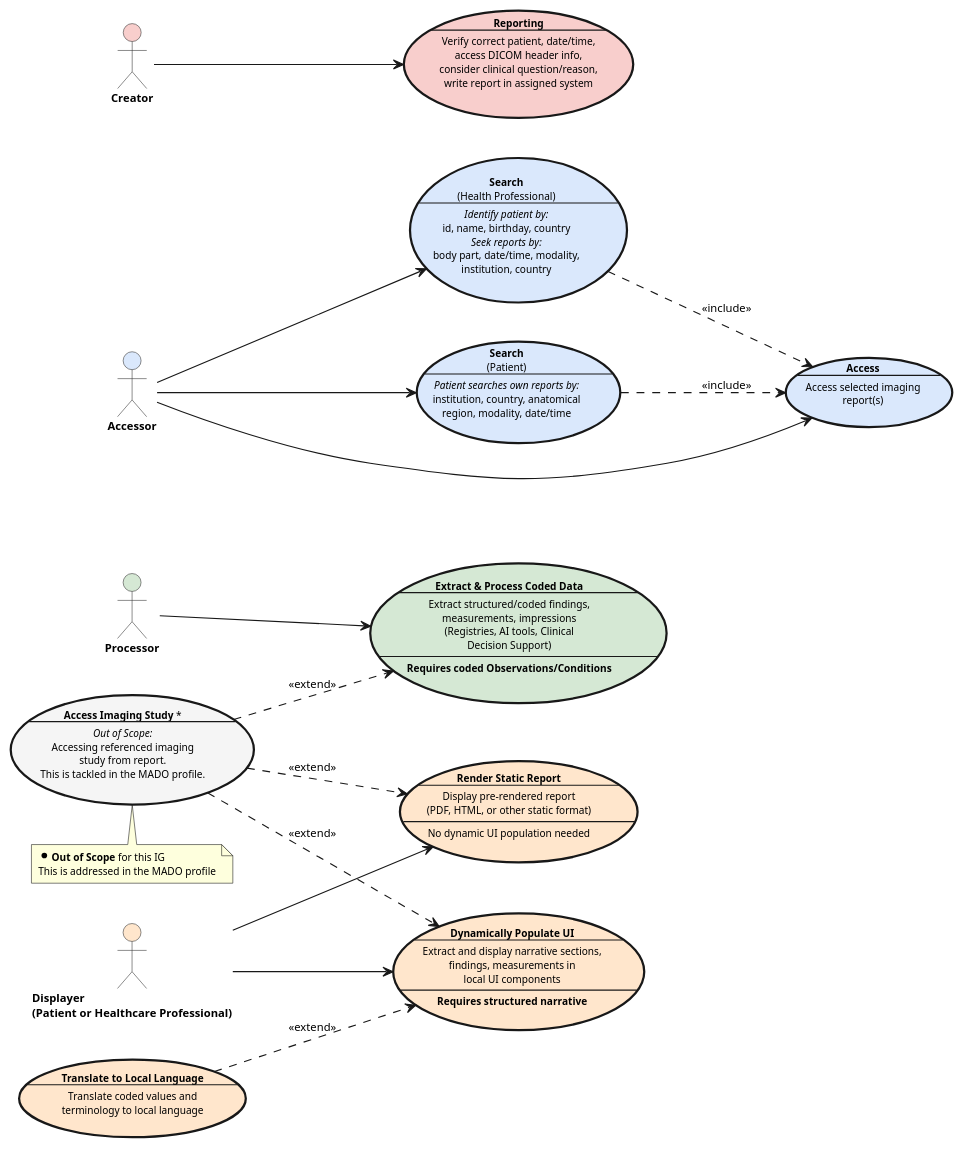
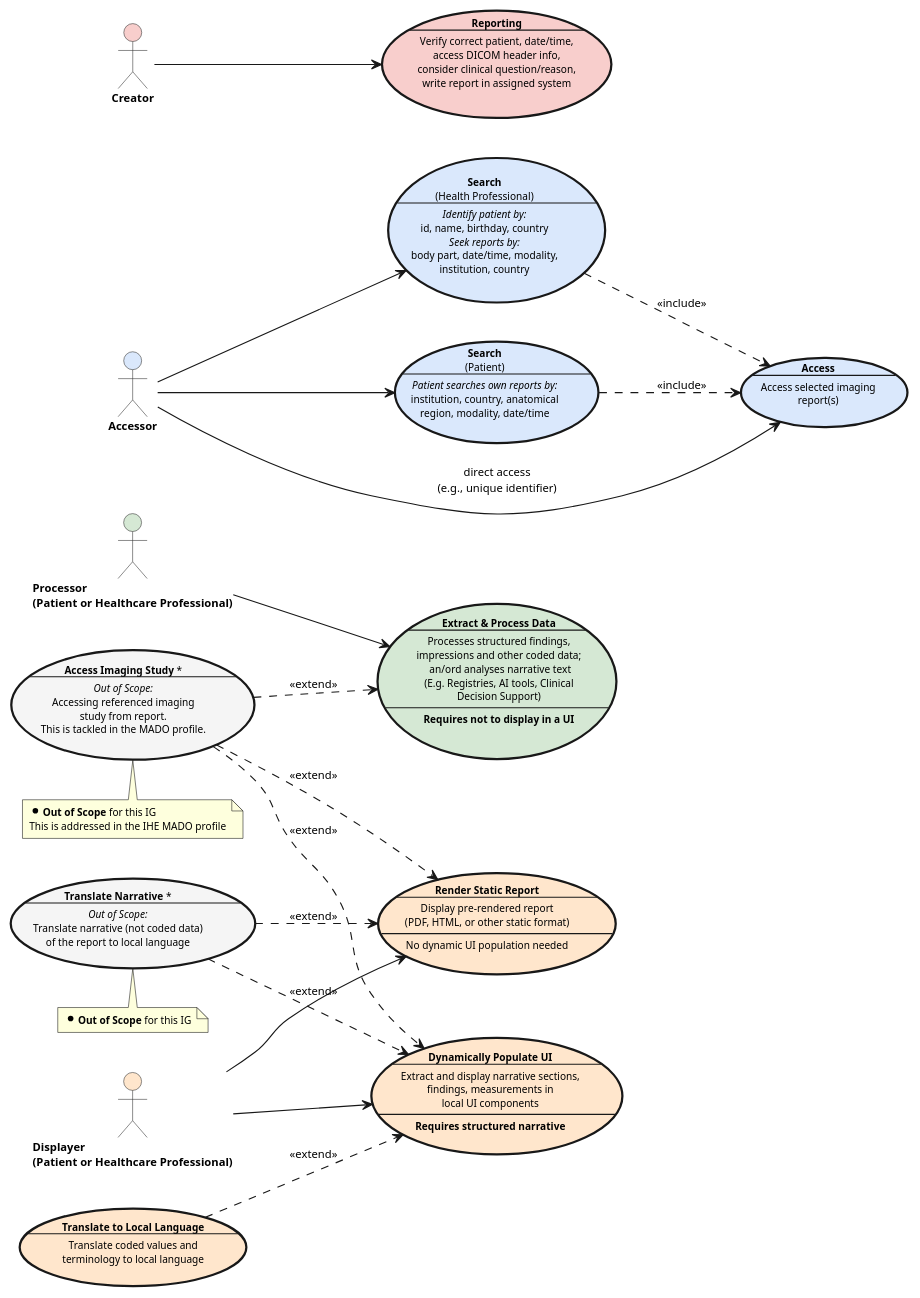
One commit to hl7-eu/imaging changed the diagram in ig-src/input/images-source/ehds-actors-usecases.plantuml. Above: the diagram before and after it, drawn with PlantUML.

Commit message:
refactor diagram

```diff
--- a/ig-src/input/images-source/ehds-actors-usecases.plantuml
+++ b/ig-src/input/images-source/ehds-actors-usecases.plantuml
@@ -1,84 +1,92 @@
 @startuml ehds-actors-usecases
 
 skinparam backgroundColor white
 skinparam handwritten false
 skinparam defaultFontSize 10
 skinparam wrapWidth 200
 
 skinparam actor {
   BorderColor #333333
   FontStyle bold
 }
 
 skinparam usecase {
   BorderThickness 2
   FontSize 9
 }
 
 skinparam note {
   FontSize 9
 }
 
 left to right direction
 
 ' ==================== ACCESSOR USE CASES ====================
 usecase "**Search**\n(Health Professional)\n--\n//Identify patient by://\nid, name, birthday, country\n//Seek reports by://\nbody part, date/time, modality,\ninstitution, country" as UC_SearchHP #DAE8FC
 
 usecase "**Search**\n(Patient)\n--\n//Patient searches own reports by://\ninstitution, country, anatomical\nregion, modality, date/time" as UC_SearchPatient #DAE8FC
 
 usecase "**Access**\n--\nAccess selected imaging\nreport(s)" as UC_Access #DAE8FC
 
 ' Out of scope - imaging study access
 usecase "**Access Imaging Study** *\n--\n//Out of Scope://\nAccessing referenced imaging\nstudy from report.\nThis is tackled in the MADO profile." as UC_AccessStudy #F5F5F5
 
 ' ==================== PROCESSOR USE CASES ====================
-usecase "**Extract & Process Coded Data**\n--\nExtract structured/coded findings,\nmeasurements, impressions\n(Registries, AI tools, Clinical\nDecision Support)\n--\n**Requires coded Observations/Conditions**" as UC_Processing #D5E8D4
+usecase "**Extract & Process Data**\n--\nProcesses structured findings,\nimpressions and other coded data;\n an/ord analyses narrative text\n(E.g. Registries, AI tools, Clinical\nDecision Support)\n--\n**Requires not to display in a UI**" as UC_Processing #D5E8D4
 
 ' ==================== DISPLAYER USE CASES ====================
 usecase "**Render Static Report**\n--\nDisplay pre-rendered report\n(PDF, HTML, or other static format)\n--\nNo dynamic UI population needed" as UC_RenderStatic #FFE6CC
 
 usecase "**Dynamically Populate UI**\n--\nExtract and display narrative sections,\nfindings, measurements in\nlocal UI components\n--\n**Requires structured narrative**" as UC_DynamicDisplay #FFE6CC
 
 usecase "**Translate to Local Language**\n--\nTranslate coded values and\nterminology to local language" as UC_Translation #FFE6CC
 
+usecase "**Translate Narrative** *\n--\n//Out of Scope://\nTranslate narrative (not coded data)\nof the report to local language" as UC_TranslateNarrative #F5F5F5
+
 ' ==================== CREATOR USE CASES ====================
 usecase "**Reporting**\n--\nVerify correct patient, date/time,\naccess DICOM header info,\nconsider clinical question/reason,\nwrite report in assigned system" as UC_Reporting #F8CECC
 
 ' ==================== ACTORS ====================
 actor "Accessor" as Accessor #DAE8FC
-actor "Processor" as Processor #D5E8D4
+actor "Processor\n(Patient or Healthcare Professional)" as Processor #D5E8D4
 actor "Displayer\n(Patient or Healthcare Professional)" as Displayer #FFE6CC
 actor "Creator" as Creator #F8CECC
 
 ' ==================== ACTOR ASSOCIATIONS ====================
 Accessor --> UC_SearchHP
 Accessor --> UC_SearchPatient
-Accessor --> UC_Access
+Accessor --> UC_Access : direct access\n(e.g., unique identifier)
 
 Processor --> UC_Processing
 
 Displayer --> UC_RenderStatic
 Displayer --> UC_DynamicDisplay
 
 Creator --> UC_Reporting
 
 ' ==================== INCLUDE RELATIONSHIPS ====================
 ' Search includes Access
 UC_SearchHP ..> UC_Access : <<include>>
 UC_SearchPatient ..> UC_Access : <<include>>
 
 ' ==================== GENERALIZATION RELATIONSHIPS ====================
 
 ' ==================== EXTEND RELATIONSHIPS (OUT OF SCOPE) ====================
 UC_AccessStudy ..> UC_Processing : <<extend>>
 UC_AccessStudy ..> UC_RenderStatic : <<extend>>
 UC_AccessStudy ..> UC_DynamicDisplay : <<extend>>
 UC_Translation ..> UC_DynamicDisplay : <<extend>>
+UC_TranslateNarrative ..> UC_RenderStatic : <<extend>>
+UC_TranslateNarrative ..> UC_DynamicDisplay : <<extend>>
 
 ' ==================== NOTES ====================
 note bottom of UC_AccessStudy
   * **Out of Scope** for this IG
-  This is addressed in the MADO profile
+  This is addressed in the IHE MADO profile
+end note
+
+note bottom of UC_TranslateNarrative
+  * **Out of Scope** for this IG
 end note
 
 @enduml
```
